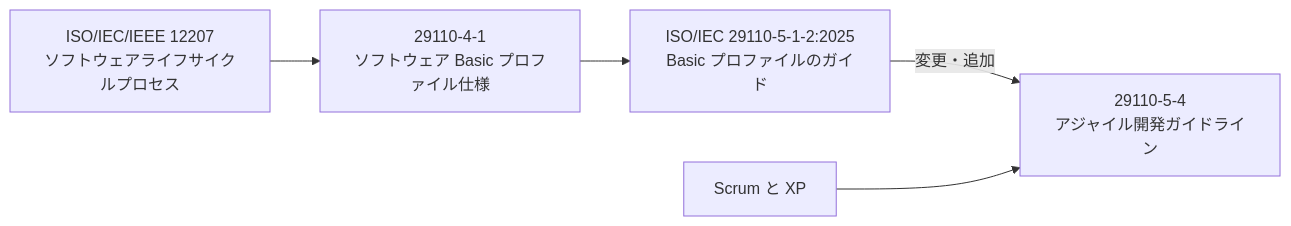
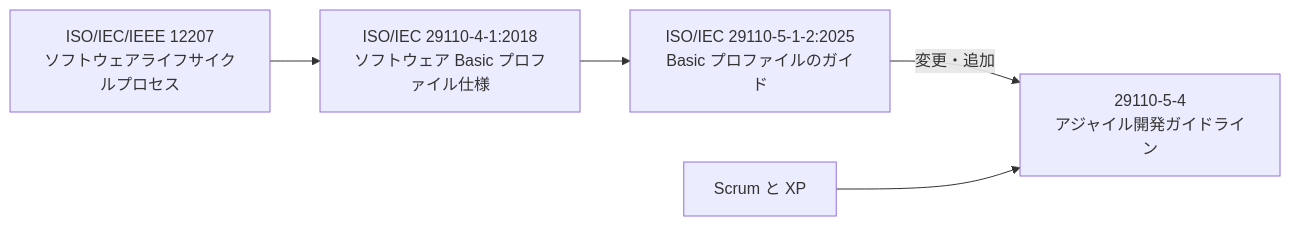
The second of 10 diagrams in Iso-iec-29110-5-4-2025-beginner-guide.md (myoshi2891/Quality-Assurance-Studies), drawn with Mermaid before and after one commit. The commit also changed other lines of this file and 2 other files, not shown here.

Commit message:
docs(iso-29110): ISO/IEC 29110 シリーズガイドの規格番号明記および最新動向の反映

````diff
--- a/Iso-iec-29110-5-4-2025-beginner-guide.md
+++ b/Iso-iec-29110-5-4-2025-beginner-guide.md
@@ -89,7 +89,7 @@
 ```mermaid
 flowchart LR
-  A["ISO/IEC/IEEE 12207<br/>ソフトウェアライフサイクルプロセス"] --> B["29110-4-1<br/>ソフトウェア Basic プロファイル仕様"]
+  A["ISO/IEC/IEEE 12207<br/>ソフトウェアライフサイクルプロセス"] --> B["ISO/IEC 29110-4-1:2018<br/>ソフトウェア Basic プロファイル仕様"]
   B --> C["ISO/IEC 29110-5-1-2:2025<br/>Basic プロファイルのガイド"]
   C -->|"変更・追加"| D["29110-5-4<br/>アジャイル開発ガイドライン"]
   E["Scrum と XP"] --> D
 ```
````
